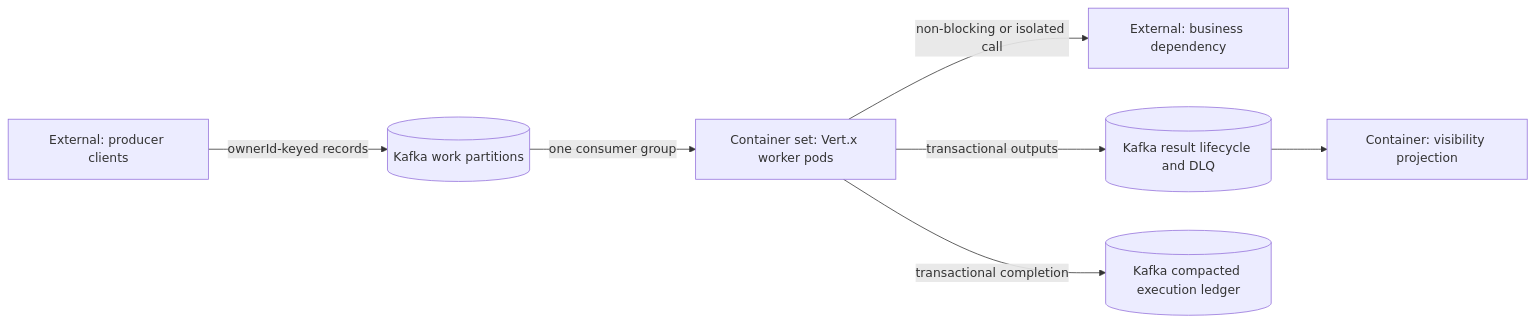
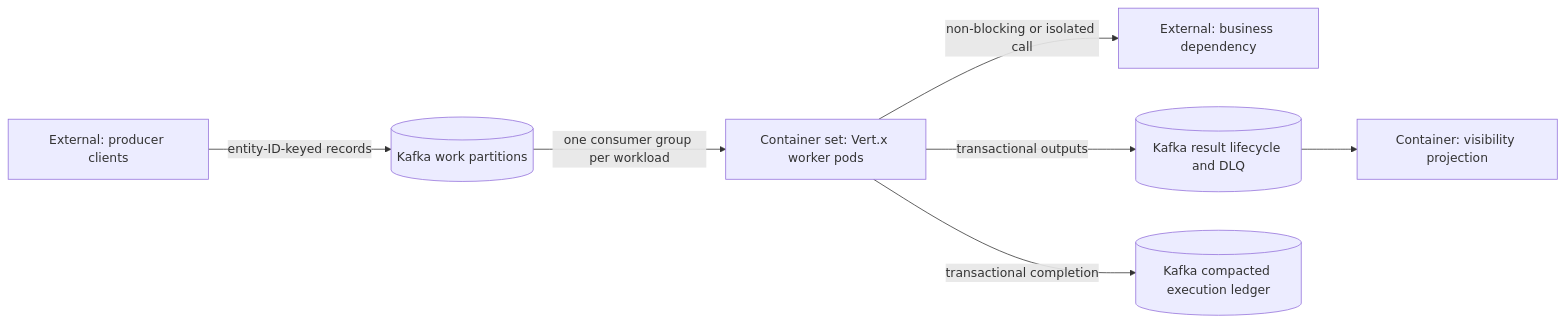
Before and after one commit to spakai/job_scheduling_simulation: the second of 9 diagrams in specs/007-vertx-kafka-pull-worker/arc42.md, drawn with Mermaid. The commit also changed other lines of this file and 2 other files, not shown here.

````diff
--- a/specs/007-vertx-kafka-pull-worker/arc42.md
+++ b/specs/007-vertx-kafka-pull-worker/arc42.md
@@ -165,17 +179,17 @@
 ```mermaid
 flowchart LR
     clients["External: producer clients"]
     work[("Kafka work partitions")]
     workers["Container set: Vert.x worker pods"]
     target["External: business dependency"]
     outputs[("Kafka result lifecycle and DLQ")]
     ledger[("Kafka compacted execution ledger")]
     visibility["Container: visibility projection"]
 
-    clients -->|"ownerId-keyed records"| work
-    work -->|"one consumer group"| workers
+    clients -->|"entity-ID-keyed records"| work
+    work -->|"one consumer group per workload"| workers
     workers -->|"non-blocking or isolated call"| target
     workers -->|"transactional outputs"| outputs
     workers -->|"transactional completion"| ledger
     outputs --> visibility
 ```
````
